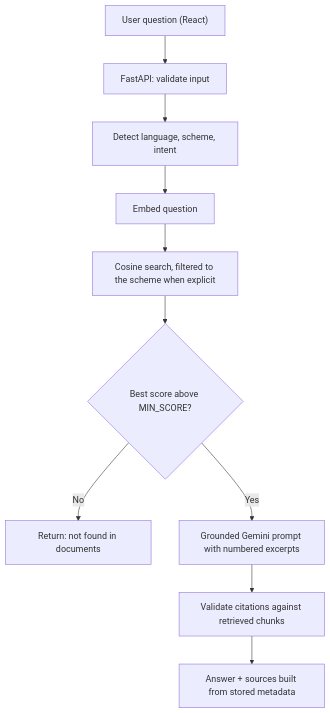
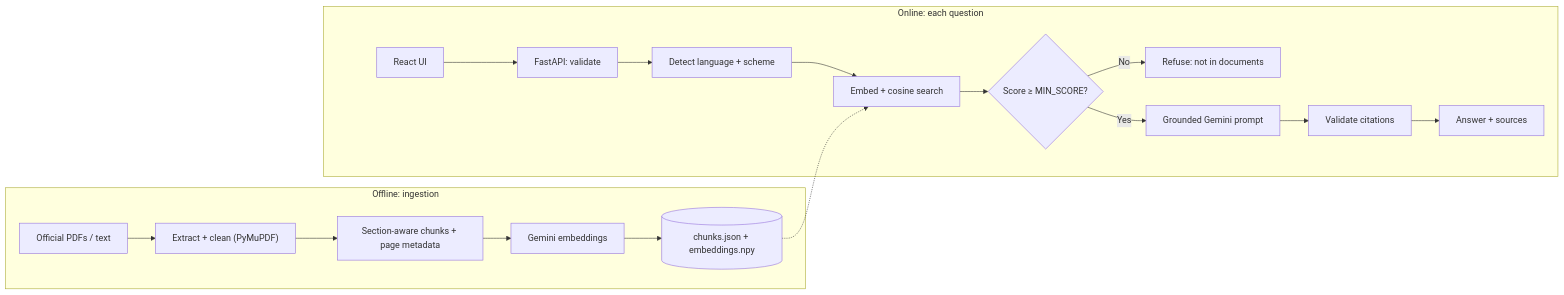
The diagram in README.md (adyasha-official/rural-scheme-advisor), drawn with Mermaid before and after one commit. The commit also changed other lines of this file and 5 other files, not shown here.

First line of the commit message:
Recruiter-facing README with evaluation results; tune MIN_SCORE to 0.6

````diff
--- a/README.md
+++ b/README.md
@@ -62,12 +37,20 @@
 ```mermaid
-flowchart TD
-    U["User question (React)"] --> V["FastAPI: validate input"]
-    V --> W["Detect language, scheme, intent"]
-    W --> X["Embed question"]
-    X --> Y["Cosine search, filtered to the scheme when explicit"]
-    Y --> Z{"Best score above MIN_SCORE?"}
-    Z -- "No" --> N["Return: not found in documents"]
-    Z -- "Yes" --> G["Grounded Gemini prompt with numbered excerpts"]
-    G --> K["Validate citations against retrieved chunks"]
-    K --> R["Answer + sources built from stored metadata"]
+flowchart LR
+    subgraph Offline["Offline: ingestion"]
+        A["Official PDFs / text"] --> B["Extract + clean (PyMuPDF)"]
+        B --> C["Section-aware chunks + page metadata"]
+        C --> D["Gemini embeddings"]
+        D --> E[("chunks.json + embeddings.npy")]
+    end
+    subgraph Online["Online: each question"]
+        U["React UI"] --> V["FastAPI: validate"]
+        V --> W["Detect language + scheme"]
+        W --> X["Embed + cosine search"]
+        X --> Z{"Score ≥ MIN_SCORE?"}
+        Z -- "No" --> N["Refuse: not in documents"]
+        Z -- "Yes" --> G["Grounded Gemini prompt"]
+        G --> K["Validate citations"]
+        K --> R["Answer + sources"]
+    end
+    E -.-> X
 ```
````
